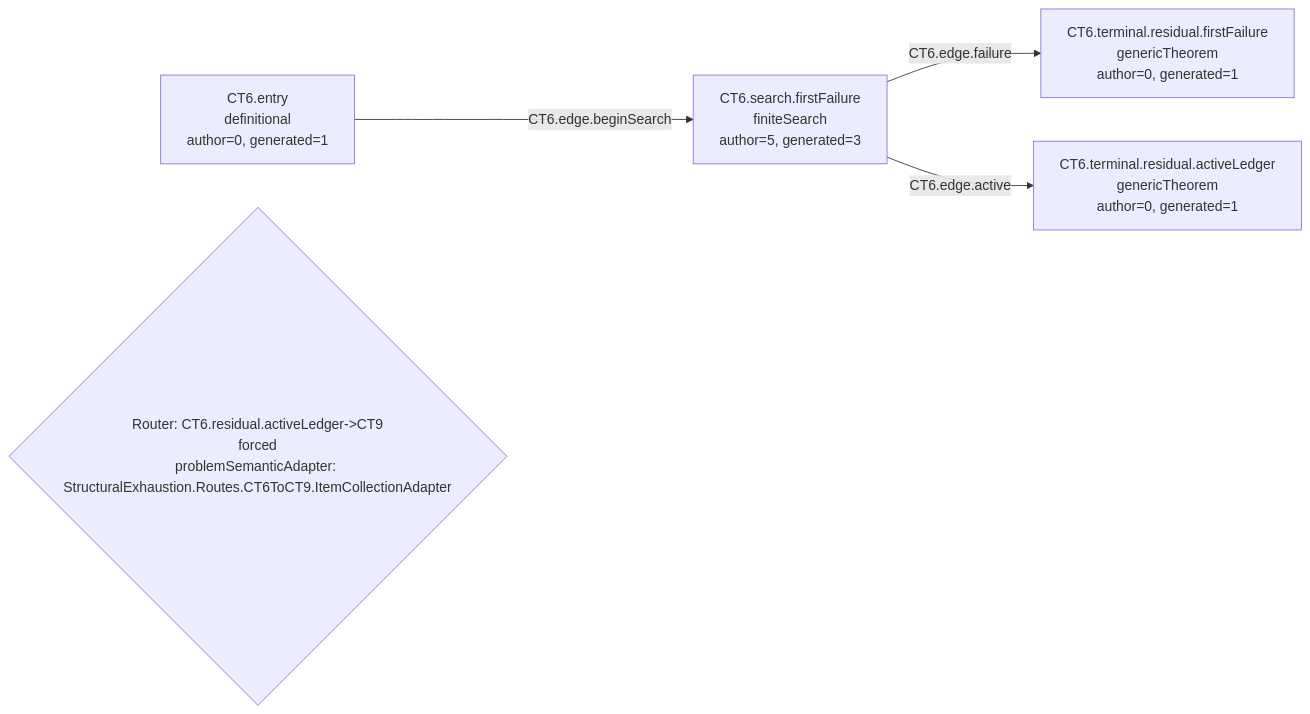
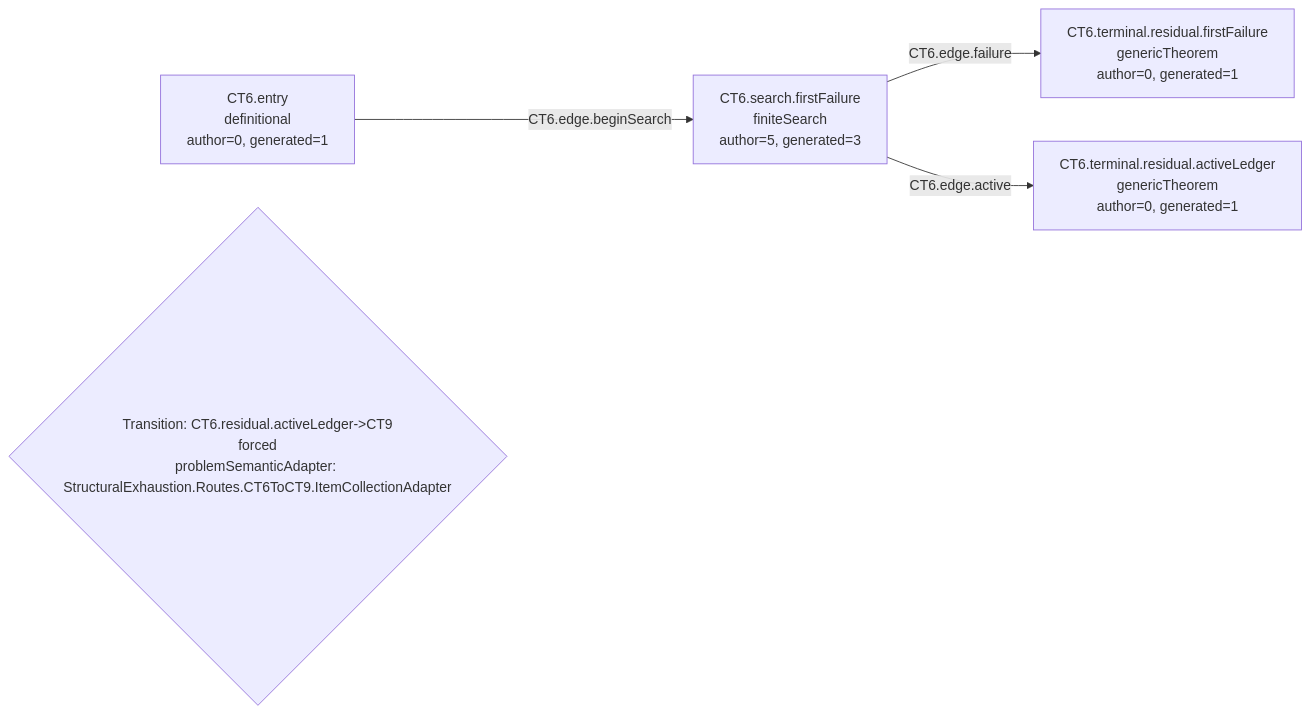
One commit to Guillemdb/structural_exhaustion changed the diagram in generated/mermaid/CT6.mmd. Above: the diagram before and after it, drawn with Mermaid. The commit also changed 601 other files, not shown here.

```diff
--- a/generated/mermaid/CT6.mmd
+++ b/generated/mermaid/CT6.mmd
@@ -1,9 +1,9 @@
 flowchart LR
   N1["CT6.entry<br/>definitional<br/>author=0, generated=1"]
   N2["CT6.search.firstFailure<br/>finiteSearch<br/>author=5, generated=3"]
   N3["CT6.terminal.residual.firstFailure<br/>genericTheorem<br/>author=0, generated=1"]
   N4["CT6.terminal.residual.activeLedger<br/>genericTheorem<br/>author=0, generated=1"]
   N1 -->|CT6.edge.beginSearch| N2
   N2 -->|CT6.edge.failure| N3
   N2 -->|CT6.edge.active| N4
-  R1{"Router: CT6.residual.activeLedger->CT9<br/>forced<br/>problemSemanticAdapter: StructuralExhaustion.Routes.CT6ToCT9.ItemCollectionAdapter"}
+  P1{"Transition: CT6.residual.activeLedger->CT9<br/>forced<br/>problemSemanticAdapter: StructuralExhaustion.Routes.CT6ToCT9.ItemCollectionAdapter"}
```
